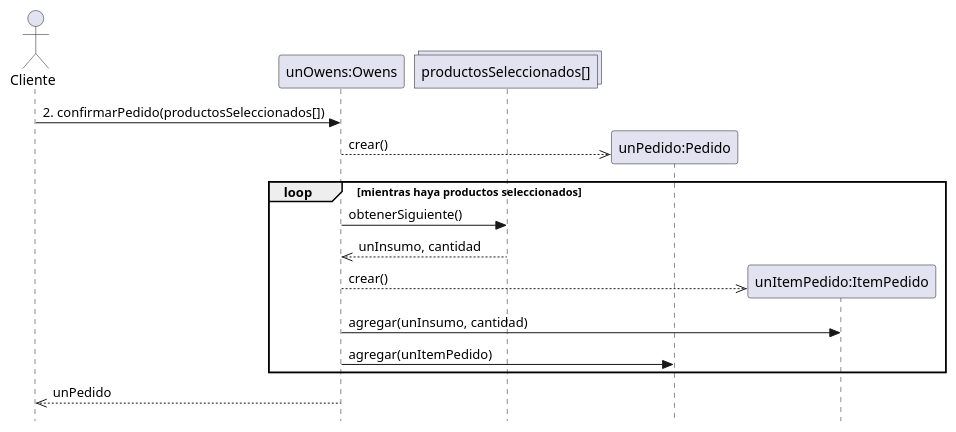
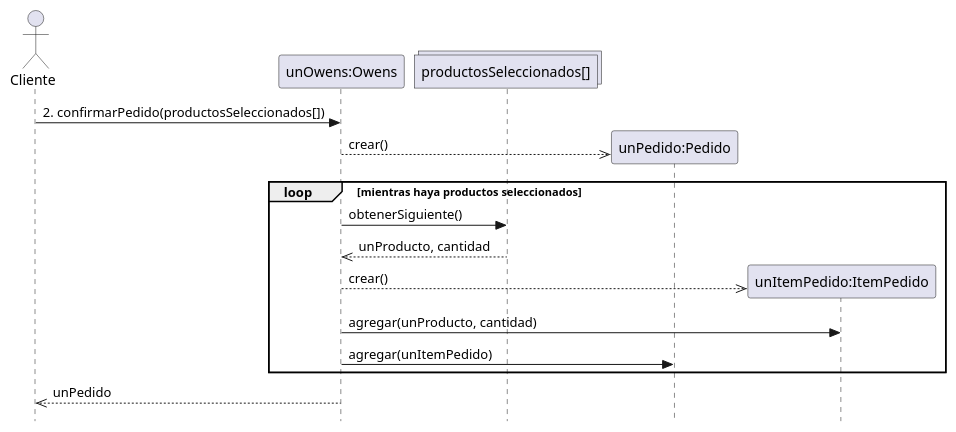
Before and after one commit to DiegoParadiso/owens: diagram 16 of 16 in docs/4_Diseno/4.4_diagrama_secuencia_diseno_dsd.md, drawn with PlantUML. The commit also changed other lines of this file and 5 other files, not shown here.

````diff
--- a/docs/4_Diseno/4.4_diagrama_secuencia_diseno_dsd.md
+++ b/docs/4_Diseno/4.4_diagrama_secuencia_diseno_dsd.md
@@ -334,27 +507,27 @@
 ```plantuml
 @startuml
 skinparam style strictuml
 hide footbox
 
 actor Cliente as C
 participant "unOwens:Owens" as Owens
 collections "productosSeleccionados[]" as ColSeleccion
 
 C -> Owens : 2. confirmarPedido(productosSeleccionados[])
 
 create participant "unPedido:Pedido" as Pedido
 Owens -->> Pedido : crear()
 
 loop mientras haya productos seleccionados
     Owens -> ColSeleccion : obtenerSiguiente()
-    ColSeleccion -->> Owens : unInsumo, cantidad
+    ColSeleccion -->> Owens : unProducto, cantidad
     
     create participant "unItemPedido:ItemPedido" as Item
     Owens -->> Item : crear()
-    Owens -> Item : agregar(unInsumo, cantidad)
+    Owens -> Item : agregar(unProducto, cantidad)
     Owens -> Pedido : agregar(unItemPedido)
 end
 
 Owens -->> C : unPedido
 @enduml
 ```
````
